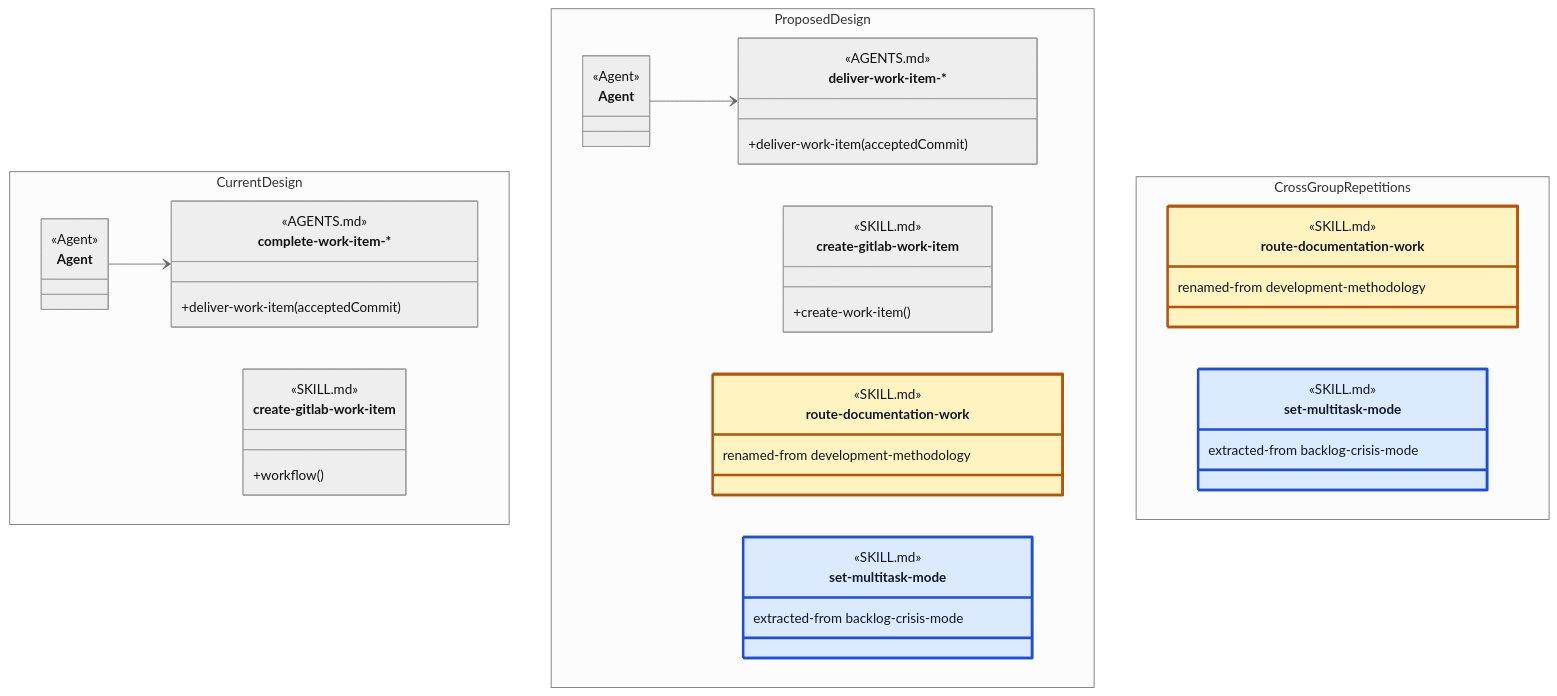
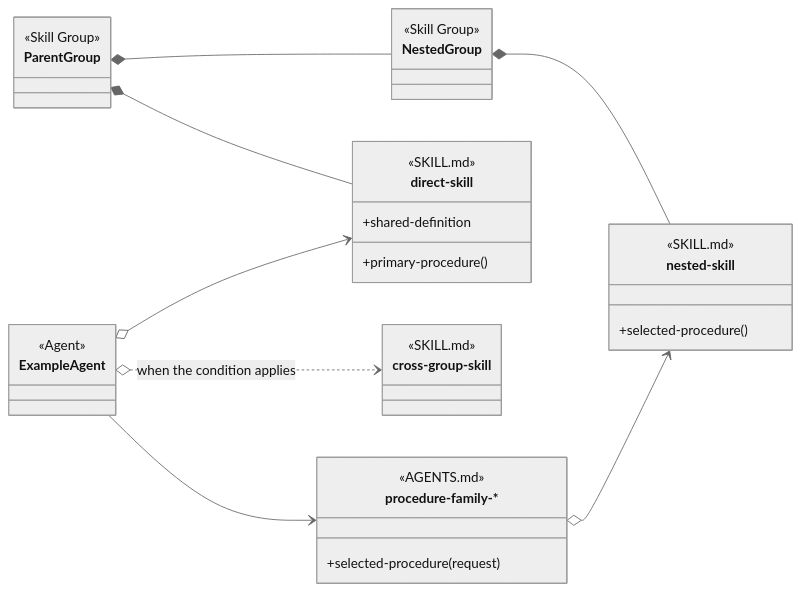
One commit to martinbechard/dev-methodology changed the diagram in design/object-oriented-skill-group-models.md. Above: the diagram before and after it, drawn with Mermaid (neutral theme). The commit also changed other lines of this file and 10 other files, not shown here.

````diff
--- a/design/object-oriented-skill-group-models.md
+++ b/design/object-oriented-skill-group-models.md
@@ -36,71 +38,49 @@
 ```mermaid
 classDiagram
-    direction TB
+    direction LR
 
-    namespace CurrentDesign {
-        class CurrentAgentView["Agent"] {
-            <<Agent>>
-        }
-
-        class CurrentProvider["create-gitlab-work-item"] {
-            <<SKILL.md>>
-            +workflow()
-        }
-
-        class CurrentDelivery["complete-work-item-*"] {
-            <<AGENTS.md>>
-            <<routing>>
-            +deliver-work-item(acceptedCommit)
-        }
+    class ExampleAgent {
+        <<Agent>>
     }
 
-    namespace ProposedDesign {
-        class ProposedAgentView["Agent"] {
-            <<Agent>>
-        }
-
-        class ProposedProvider["create-gitlab-work-item"] {
-            <<SKILL.md>>
-            +create-work-item()
-        }
-
-        class route-documentation-work:::renamed {
-            <<SKILL.md>>
-            renamed-from development-methodology
-        }
-
-        class set-multitask-mode:::extracted {
-            <<SKILL.md>>
-            extracted-from backlog-crisis-mode
-        }
-
-        class ProposedDelivery["deliver-work-item-*"] {
-            <<AGENTS.md>>
-            <<routing>>
-            +deliver-work-item(acceptedCommit)
-        }
+    class ParentGroup {
+        <<Skill Group>>
     }
 
-    namespace CrossGroupRepetitions {
-        class CrossGroupRouteDocumentation["route-documentation-work"] {
-            <<SKILL.md>>
-            <<Cross-group>>
-            renamed-from development-methodology
-        }
-
-        class CrossGroupSetMultitask["set-multitask-mode"] {
-            <<SKILL.md>>
-            <<Cross-group>>
-            extracted-from backlog-crisis-mode
-        }
+    class NestedGroup {
+        <<Skill Group>>
     }
 
-    CurrentAgentView --> CurrentDelivery
-    ProposedAgentView --> ProposedDelivery
+    class direct-skill {
+        <<SKILL.md>>
+        <<Agent Skill>>
+        +primary-procedure()
+        +shared-definition
+    }
 
-    class CrossGroupRouteDocumentation:::renamed
-    class CrossGroupSetMultitask:::extracted
+    class nested-skill {
+        <<SKILL.md>>
+        <<Injectable Skill>>
+        +selected-procedure()
+    }
 
-    classDef renamed fill:#fff3bf,stroke:#b45309,stroke-width:3px,color:#111827
-    classDef extracted fill:#dbeafe,stroke:#1d4ed8,stroke-width:3px,color:#111827
+    class cross-group-skill {
+        <<SKILL.md>>
+        <<Cross-group>>
+    }
+
+    class ProcedureFamily["procedure-family-*"] {
+        <<AGENTS.md>>
+        <<routing>>
+        +selected-procedure(request)
+    }
+
+    ParentGroup *-- direct-skill
+    ParentGroup *-- NestedGroup
+    NestedGroup *-- nested-skill
+
+    ExampleAgent o--> direct-skill
+    ExampleAgent o..> cross-group-skill : when the condition applies
+    ExampleAgent --> ProcedureFamily
+    ProcedureFamily o--> nested-skill
 ```
````
